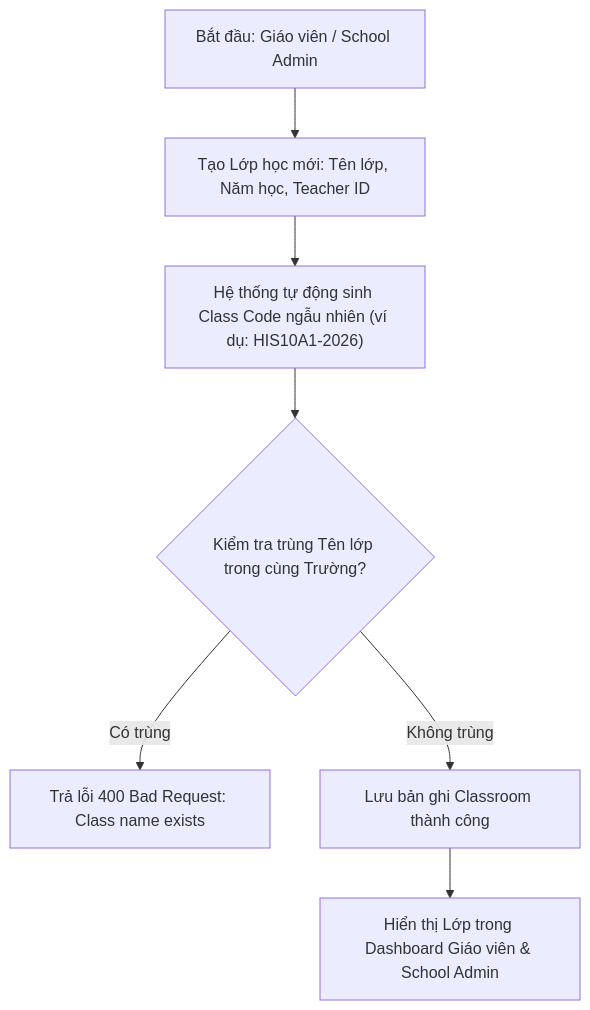
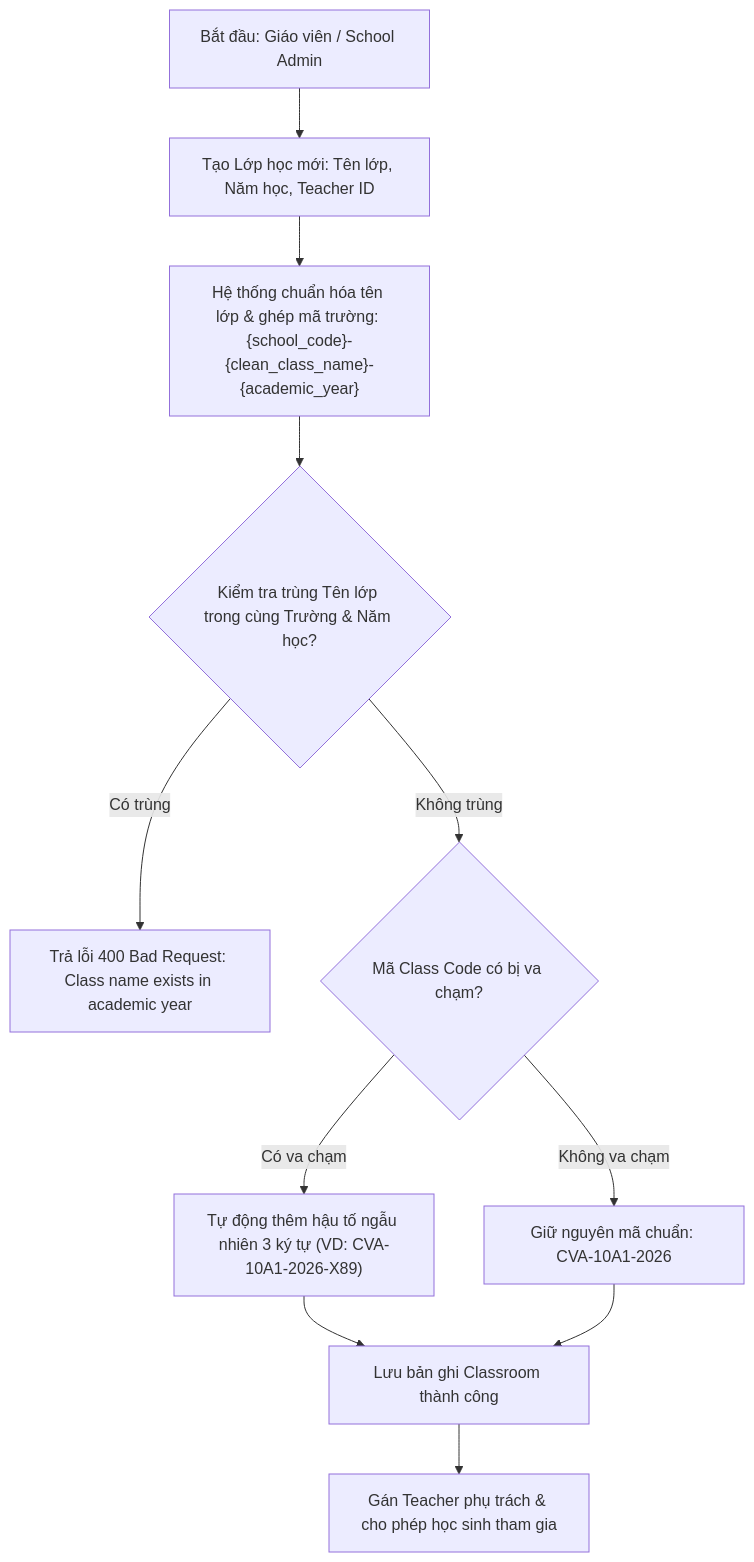
One commit to DinhTQSE/SWD392_FinalProject_HistoryTalk changed the second of 2 diagrams in docs/sprints/sprint_5/business_flows/saas_school_business_flow.md. Above: the diagram before and after it, drawn with Mermaid. The commit also changed other lines of this file and 27 other files, not shown here.

First line of the commit message:
feat(java): implement classroom management, smart class code, and student token allocation (US-SP5-05, US-SP5-06, US-SP5-07)

````diff
--- a/docs/sprints/sprint_5/business_flows/saas_school_business_flow.md
+++ b/docs/sprints/sprint_5/business_flows/saas_school_business_flow.md
@@ -36,9 +43,13 @@
 ```mermaid
 flowchart TD
     A["Bắt đầu: Giáo viên / School Admin"] --> B["Tạo Lớp học mới: Tên lớp, Năm học, Teacher ID"]
-    B --> C["Hệ thống tự động sinh Class Code ngẫu nhiên (ví dụ: HIS10A1-2026)"]
-    C --> D{"Kiểm tra trùng Tên lớp trong cùng Trường?"}
-    D -- "Có trùng" --> E["Trả lỗi 400 Bad Request: Class name exists"]
-    D -- "Không trùng" --> F["Lưu bản ghi Classroom thành công"]
-    F --> G["Hiển thị Lớp trong Dashboard Giáo viên & School Admin"]
+    B --> C["Hệ thống chuẩn hóa tên lớp & ghép mã trường: {school_code}-{clean_class_name}-{academic_year}"]
+    C --> D{"Kiểm tra trùng Tên lớp trong cùng Trường & Năm học?"}
+    D -- "Có trùng" --> E["Trả lỗi 400 Bad Request: Class name exists in academic year"]
+    D -- "Không trùng" --> F{"Mã Class Code có bị va chạm?"}
+    F -- "Có va chạm" --> G["Tự động thêm hậu tố ngẫu nhiên 3 ký tự (VD: CVA-10A1-2026-X89)"]
+    F -- "Không va chạm" --> H["Giữ nguyên mã chuẩn: CVA-10A1-2026"]
+    G --> I["Lưu bản ghi Classroom thành công"]
+    H --> I
+    I --> J["Gán Teacher phụ trách & cho phép học sinh tham gia"]
 ```
````
